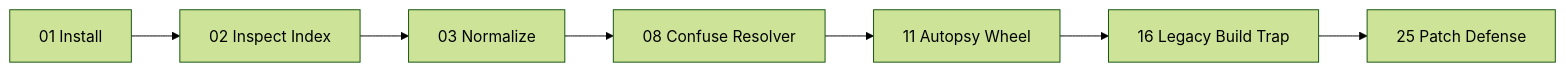
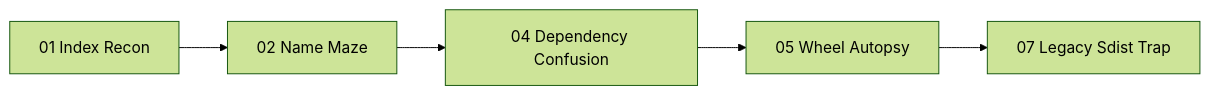
The diagram in docs/index.md (alex-au-922/HKPUG-Meetup-PyPI-Challenge), drawn with Mermaid (forest theme) before and after one commit. The commit also changed other lines of this file and 17 other files, not shown here.

````diff
--- a/docs/index.md
+++ b/docs/index.md
@@ -31,6 +31,7 @@
 ```mermaid
 flowchart LR
-  F01["01 Install"] --> F02["02 Inspect Index"] --> F03["03 Normalize"]
-  F03 --> F08["08 Confuse Resolver"] --> F11["11 Autopsy Wheel"]
-  F11 --> F16["16 Legacy Build Trap"] --> F25["25 Patch Defense"]
+  F01["01 Index Recon"] --> F02["02 Name Maze"]
+  F02 --> F04["04 Dependency Confusion"]
+  F04 --> F05["05 Wheel Autopsy"]
+  F05 --> F07["07 Legacy Sdist Trap"]
 ```
````
